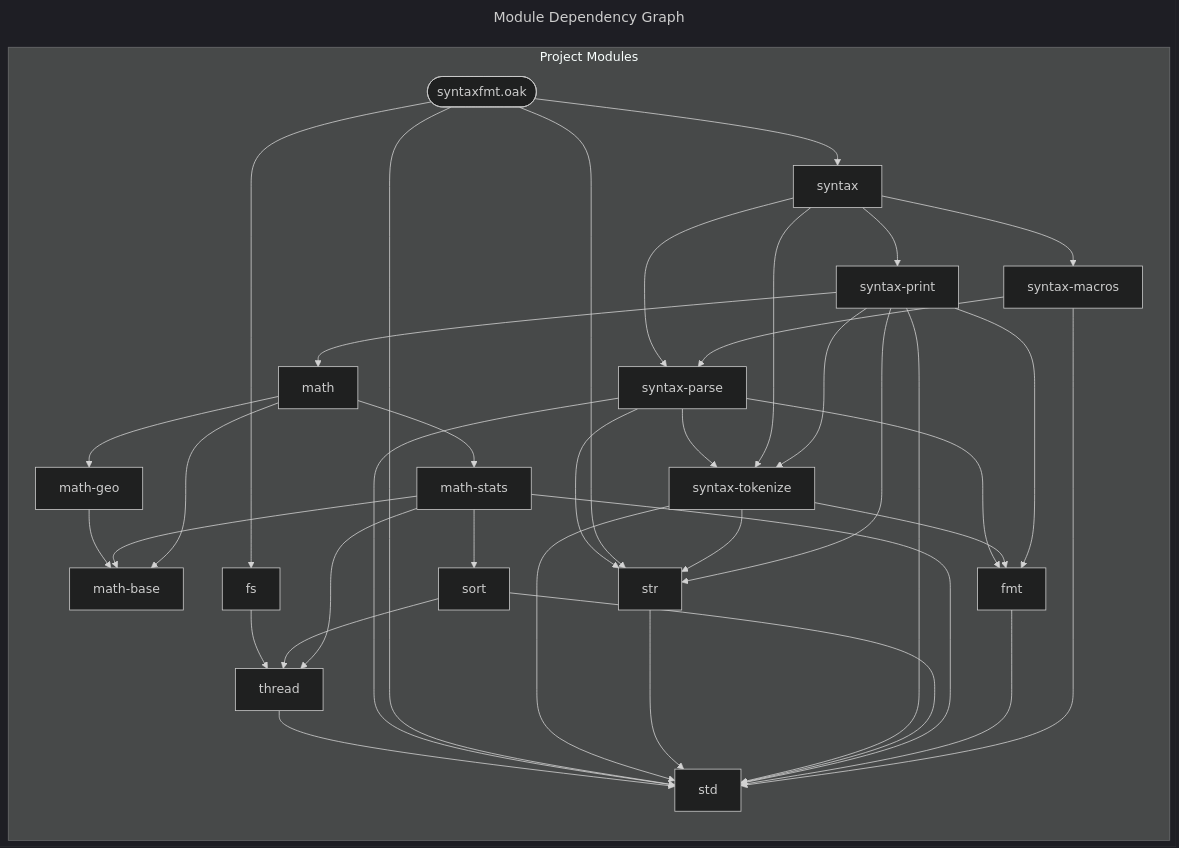
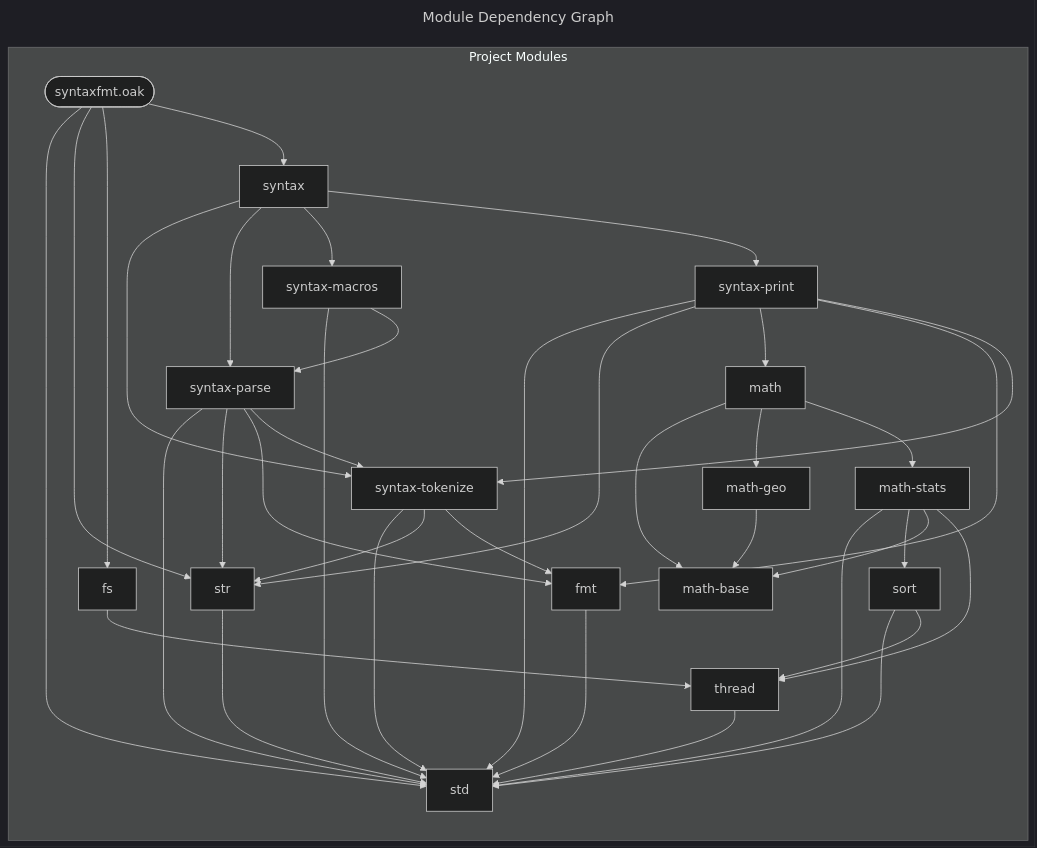
Before and after one commit to SpcFORK/magnolia: the diagram in docs/spec/syntaxfmt.mmd, drawn with Mermaid (dark theme). The commit also changed other lines of this file and 152 other files, not shown here.

First line of the commit message:
Refactor module dependency graphs in documentation

```diff
--- a/docs/spec/syntaxfmt.mmd
+++ b/docs/spec/syntaxfmt.mmd
@@ -1,58 +1,58 @@
 ---
 title: Module Dependency Graph
 ---
 flowchart LR
     subgraph project_modules ["Project Modules"]
+        math["math"]
+        std["std"]
+        sort["sort"]
+        math_stats["math-stats"]
+        math_base["math-base"]
         syntax_macros["syntax-macros"]
-        std["std"]
-        math["math"]
-        fmt["fmt"]
-        math_stats["math-stats"]
-        sort["sort"]
+        lib_syntaxfmt_oak(["syntaxfmt.oak"])
+        fs["fs"]
         math_geo["math-geo"]
         syntax_print["syntax-print"]
+        fmt["fmt"]
+        syntax_parse["syntax-parse"]
+        syntax["syntax"]
         str["str"]
-        syntax["syntax"]
         syntax_tokenize["syntax-tokenize"]
-        lib_syntaxfmt_oak(["syntaxfmt.oak"])
-        syntax_parse["syntax-parse"]
-        math_base["math-base"]
-        fs["fs"]
         thread["thread"]
     end
-    syntax_macros --> std
-    syntax_macros --> syntax_parse
     math --> math_base
     math --> math_geo
     math --> math_stats
-    fmt --> std
+    sort --> std
+    sort --> thread
     math_stats --> std
     math_stats --> sort
     math_stats --> math_base
     math_stats --> thread
-    sort --> std
-    sort --> thread
+    syntax_macros --> std
+    syntax_macros --> syntax_parse
+    lib_syntaxfmt_oak --> std
+    lib_syntaxfmt_oak --> str
+    lib_syntaxfmt_oak --> fs
+    lib_syntaxfmt_oak --> syntax
+    fs --> thread
     math_geo --> math_base
     syntax_print --> std
     syntax_print --> str
     syntax_print --> math
     syntax_print --> fmt
     syntax_print --> syntax_tokenize
-    str --> std
+    fmt --> std
+    syntax_parse --> std
+    syntax_parse --> str
+    syntax_parse --> fmt
+    syntax_parse --> syntax_tokenize
     syntax --> syntax_tokenize
     syntax --> syntax_parse
     syntax --> syntax_macros
     syntax --> syntax_print
+    str --> std
     syntax_tokenize --> std
     syntax_tokenize --> str
     syntax_tokenize --> fmt
-    lib_syntaxfmt_oak --> std
-    lib_syntaxfmt_oak --> str
-    lib_syntaxfmt_oak --> fs
-    lib_syntaxfmt_oak --> syntax
-    syntax_parse --> std
-    syntax_parse --> str
-    syntax_parse --> fmt
-    syntax_parse --> syntax_tokenize
-    fs --> thread
     thread --> std
```
